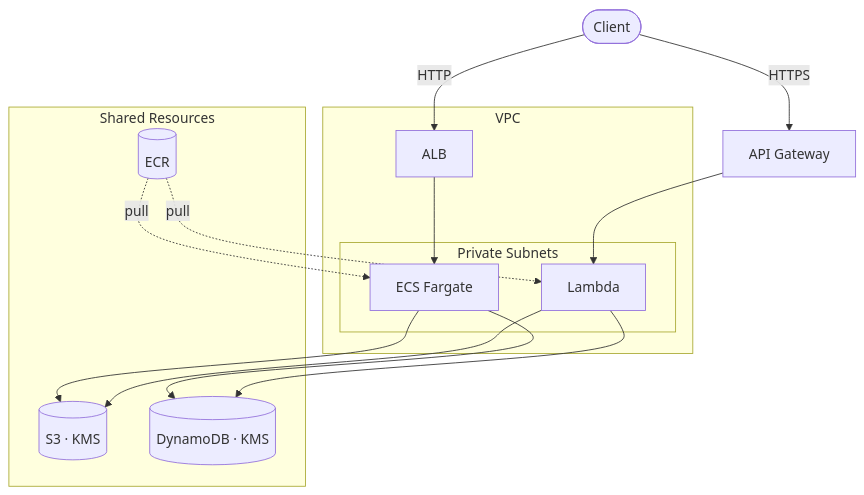
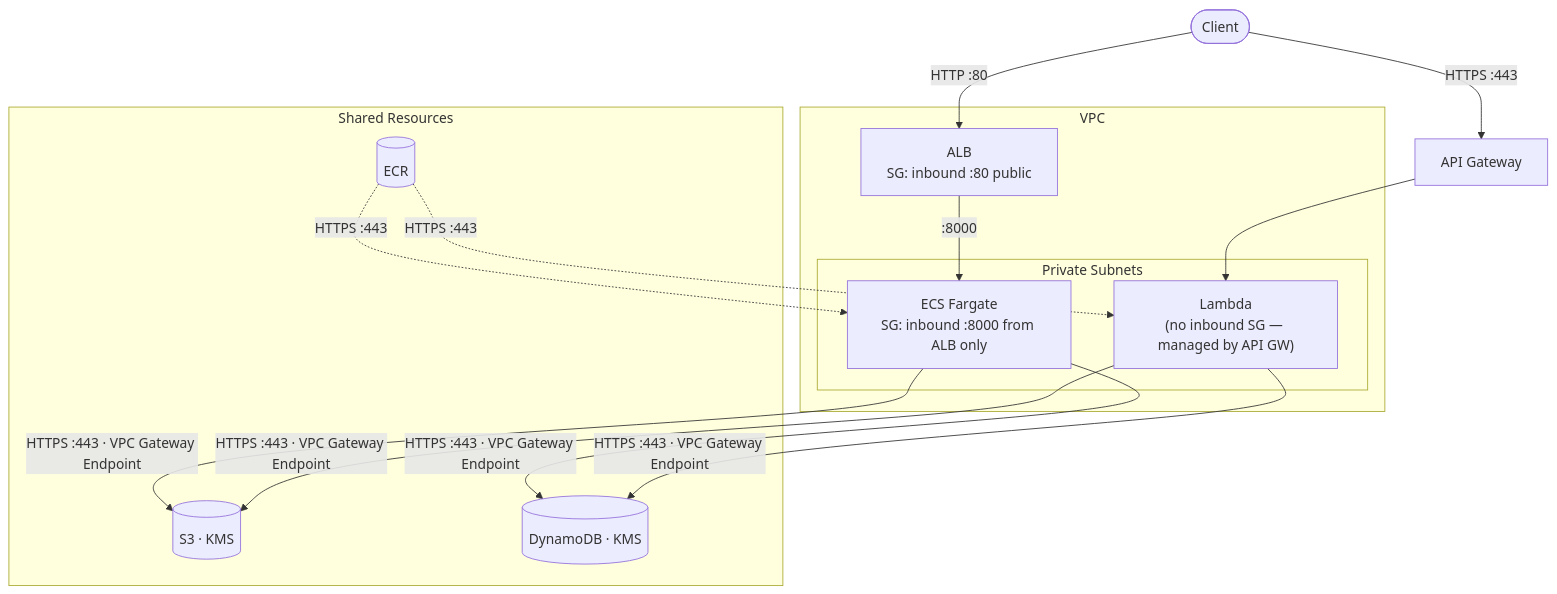
Before and after one commit to raspoutine1612/stratocore_th_tech_assessment: the first of 3 diagrams in README.md, drawn with Mermaid.

Commit message:
docs: add ports and SG annotations to infra diagram

````diff
--- a/README.md
+++ b/README.md
@@ -9,27 +9,30 @@
 ```mermaid
 flowchart TD
     Client([Client])
     APIGW["API Gateway"]
 
     subgraph VPC["VPC"]
-        ALB[ALB]
+        ALB["ALB\nSG: inbound :80 public"]
         subgraph Private["Private Subnets"]
-            ECS["ECS Fargate"]
-            Lambda[Lambda]
+            ECS["ECS Fargate\nSG: inbound :8000 from ALB only"]
+            Lambda["Lambda\n(no inbound SG — managed by API GW)"]
         end
     end
 
     subgraph Shared["Shared Resources"]
         ECR[("ECR")]
         S3[("S3 · KMS")]
         Dynamo[("DynamoDB · KMS")]
     end
 
-    Client -->|HTTP| ALB --> ECS
-    Client -->|HTTPS| APIGW --> Lambda
+    Client -->|"HTTP :80"| ALB -->|":8000"| ECS
+    Client -->|"HTTPS :443"| APIGW --> Lambda
 
-    ECR -.->|pull| ECS & Lambda
+    ECR -.->|"HTTPS :443"| ECS
+    ECR -.->|"HTTPS :443"| Lambda
 
-    ECS & Lambda --> S3
-    ECS & Lambda --> Dynamo
+    ECS -->|"HTTPS :443 · VPC Gateway Endpoint"| S3
+    Lambda -->|"HTTPS :443 · VPC Gateway Endpoint"| S3
+    ECS -->|"HTTPS :443 · VPC Gateway Endpoint"| Dynamo
+    Lambda -->|"HTTPS :443 · VPC Gateway Endpoint"| Dynamo
 ```
````
